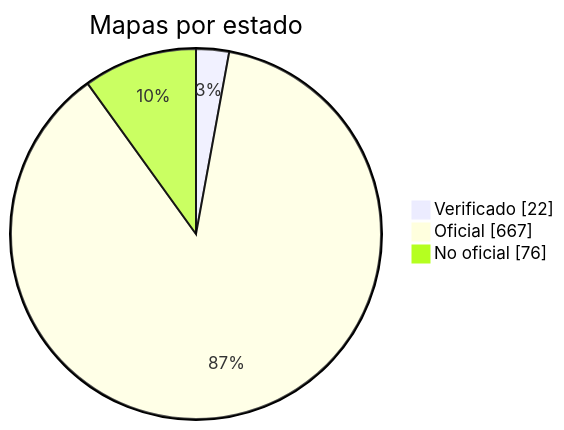
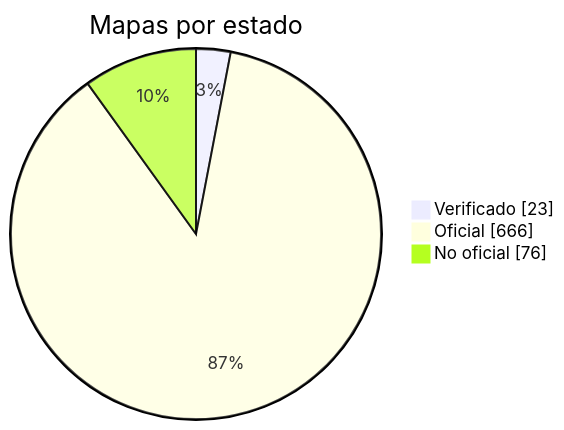
The diagram in docs/readme/README_ES.md (nobrega8/mbmap-library), drawn with Mermaid before and after one commit. The commit also changed 6 other files, not shown here.

````diff
--- a/docs/readme/README_ES.md
+++ b/docs/readme/README_ES.md
@@ -54,7 +54,7 @@
 ```mermaid
 pie showData
     title Mapas por estado
-    "Verificado" : 22
-    "Oficial" : 667
+    "Verificado" : 23
+    "Oficial" : 666
     "No oficial" : 76
 ```
````
